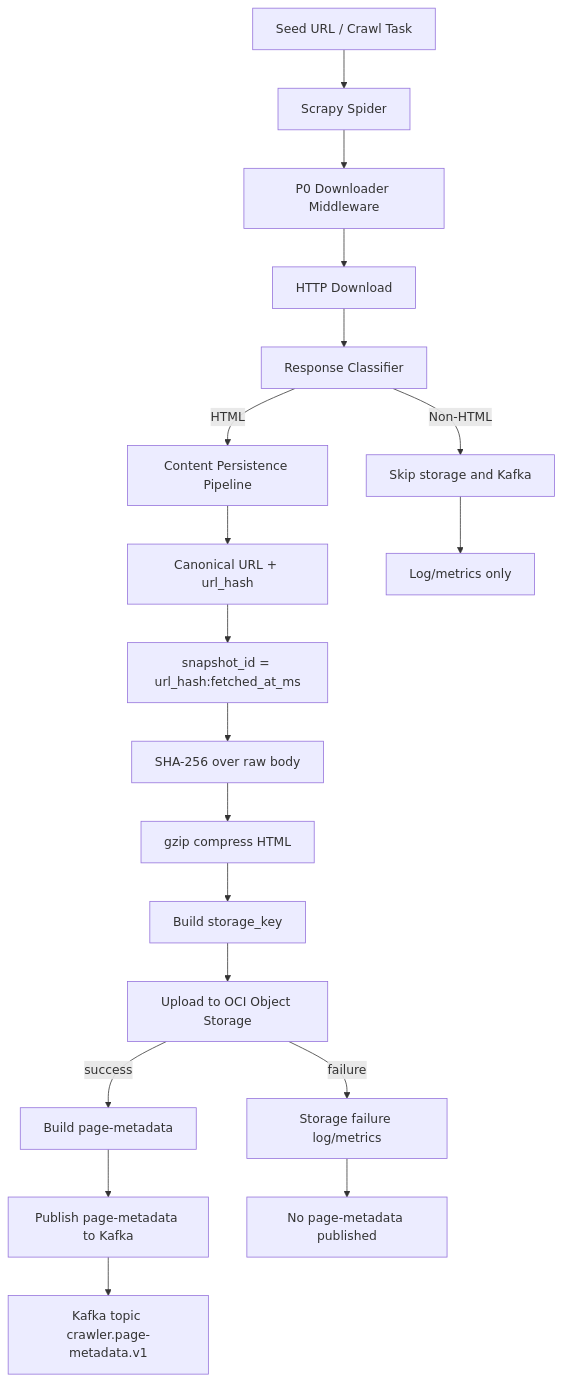
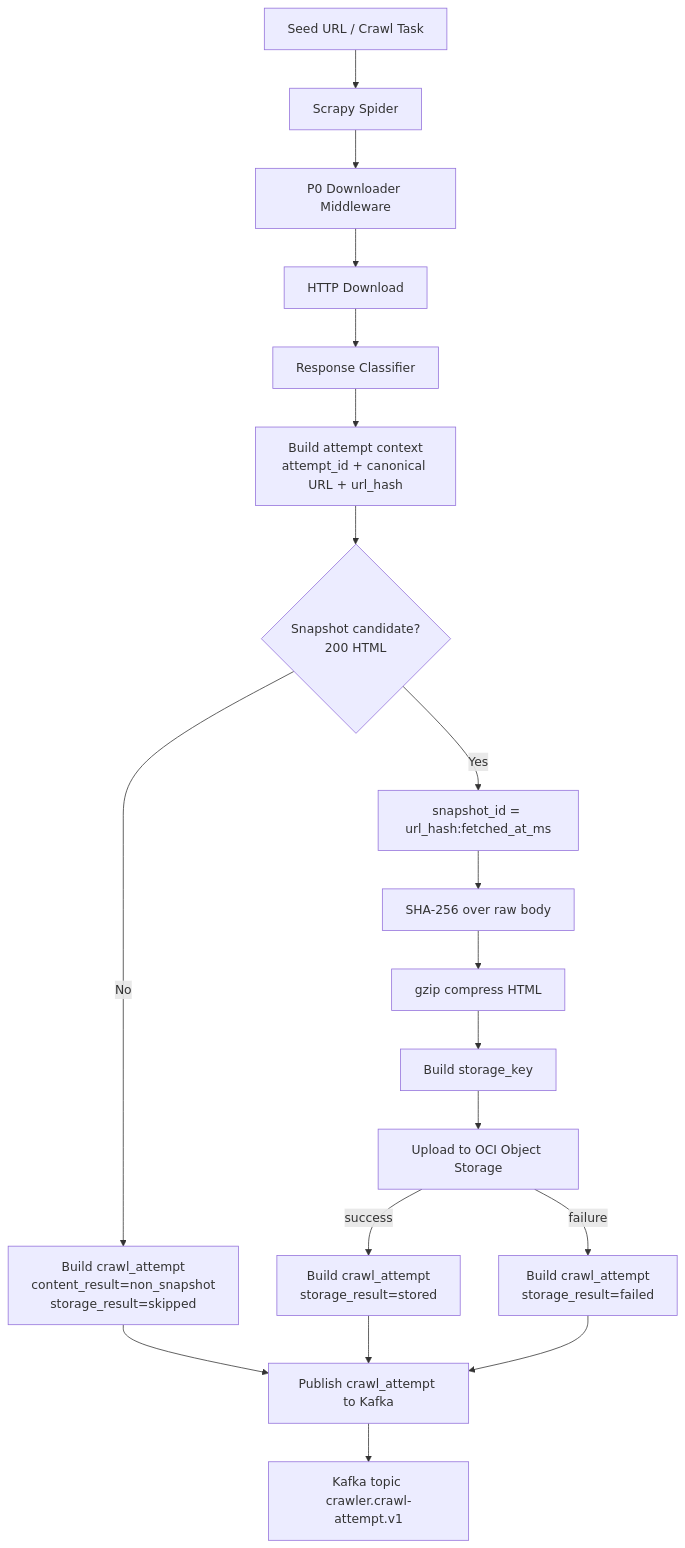
Before and after one commit to Dylin-Ateve/crawler-executor: the first of 3 diagrams in specs/002-p1-content-persistence/data-flow.md, drawn with Mermaid. The commit also changed other lines of this file and 24 other files, not shown here.

````diff
--- a/specs/002-p1-content-persistence/data-flow.md
+++ b/specs/002-p1-content-persistence/data-flow.md
@@ -22,21 +22,21 @@
 ```mermaid
 flowchart TD
     A["Seed URL / Crawl Task"] --> B["Scrapy Spider"]
     B --> C["P0 Downloader Middleware"]
     C --> D["HTTP Download"]
     D --> E["Response Classifier"]
-    E -->|HTML| F["Content Persistence Pipeline"]
-    E -->|Non-HTML| G["Skip storage and Kafka"]
-    F --> H["Canonical URL + url_hash"]
-    H --> I["snapshot_id = url_hash:fetched_at_ms"]
+    E --> F["Build attempt context<br/>attempt_id + canonical URL + url_hash"]
+    F --> G{"Snapshot candidate?<br/>200 HTML"}
+    G -->|"No"| H["Build crawl_attempt<br/>content_result=non_snapshot<br/>storage_result=skipped"]
+    G -->|"Yes"| I["snapshot_id = url_hash:fetched_at_ms"]
     I --> J["SHA-256 over raw body"]
     J --> K["gzip compress HTML"]
     K --> L["Build storage_key"]
     L --> M["Upload to OCI Object Storage"]
-    M -->|success| N["Build page-metadata"]
-    M -->|failure| O["Storage failure log/metrics"]
-    N --> P["Publish page-metadata to Kafka"]
-    P --> R["Kafka topic crawler.page-metadata.v1"]
-    G --> S["Log/metrics only"]
-    O --> T["No page-metadata published"]
+    M -->|"success"| N["Build crawl_attempt<br/>storage_result=stored"]
+    M -->|"failure"| O["Build crawl_attempt<br/>storage_result=failed"]
+    H --> P["Publish crawl_attempt to Kafka"]
+    N --> P
+    O --> P
+    P --> R["Kafka topic crawler.crawl-attempt.v1"]
 ```
````
